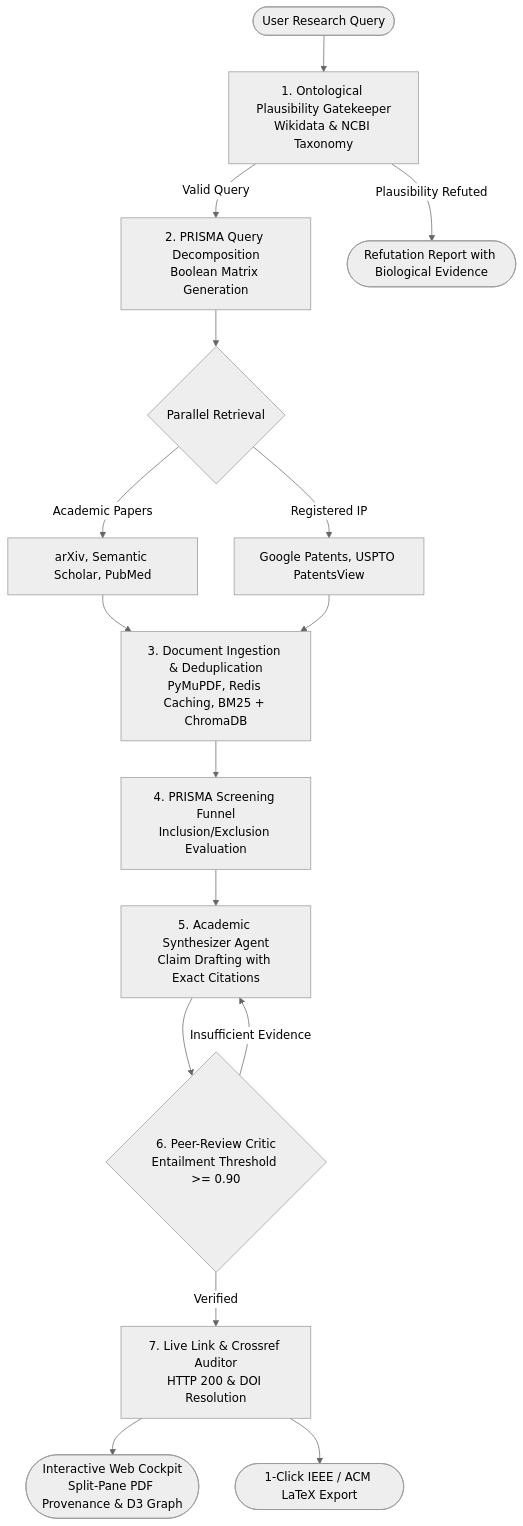
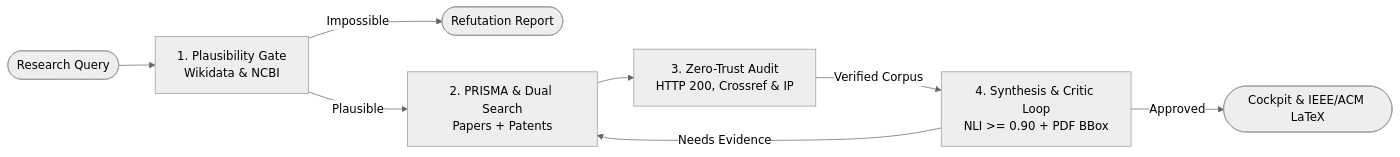
One commit to Code-Blooded-CS/VERITAS changed the diagram in README.md. Above: the diagram before and after it, drawn with Mermaid (neutral theme). The commit also changed other lines of this file, not shown here.

Commit message:
docs: polish README layout with simple horizontal workflow diagram

````diff
--- a/README.md
+++ b/README.md
@@ -41,21 +38,10 @@
 ```mermaid
-flowchart TD
-    User([User Research Query]) --> Gatekeeper[1. Ontological Plausibility Gatekeeper\nWikidata & NCBI Taxonomy]
-    Gatekeeper -->|Valid Query| QueryEngine[2. PRISMA Query Decomposition\nBoolean Matrix Generation]
-    Gatekeeper -->|Plausibility Refuted| Refute([Refutation Report with Biological Evidence])
-
-    QueryEngine --> Searchers{Parallel Retrieval}
-    Searchers -->|Academic Papers| LitAPIs[arXiv, Semantic Scholar, PubMed]
-    Searchers -->|Registered IP| PatentAPIs[Google Patents, USPTO PatentsView]
-
-    LitAPIs & PatentAPIs --> Ingestion[3. Document Ingestion & Deduplication\nPyMuPDF, Redis Caching, BM25 + ChromaDB]
-    Ingestion --> Screening[4. PRISMA Screening Funnel\nInclusion/Exclusion Evaluation]
-    Screening --> Synthesizer[5. Academic Synthesizer Agent\nClaim Drafting with Exact Citations]
-
-    Synthesizer --> Critic{6. Peer-Review Critic\nEntailment Threshold >= 0.90}
-    Critic -->|Insufficient Evidence| Synthesizer
-    Critic -->|Verified| Verifier[7. Live Link & Crossref Auditor\nHTTP 200 & DOI Resolution]
-
-    Verifier --> Cockpit([Interactive Web Cockpit\nSplit-Pane PDF Provenance & D3 Graph])
-    Verifier --> Exporter([1-Click IEEE / ACM LaTeX Export])
+flowchart LR
+    Q([Research Query]) --> G[1. Plausibility Gate\nWikidata & NCBI]
+    G -->|Impossible| R([Refutation Report])
+    G -->|Plausible| P[2. PRISMA & Dual Search\nPapers + Patents]
+    P --> V[3. Zero-Trust Audit\nHTTP 200, Crossref & IP]
+    V -->|Verified Corpus| S[4. Synthesis & Critic Loop\nNLI >= 0.90 + PDF BBox]
+    S -->|Needs Evidence| P
+    S -->|Approved| O([Cockpit & IEEE/ACM LaTeX])
 ```
````
